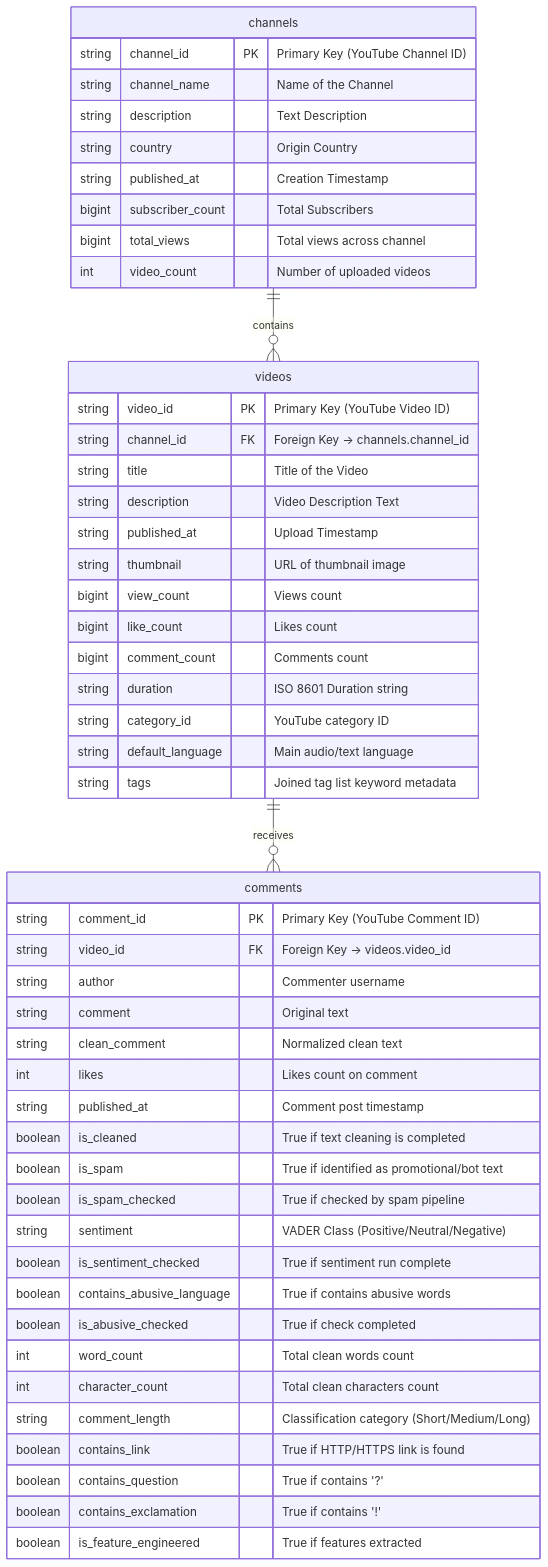
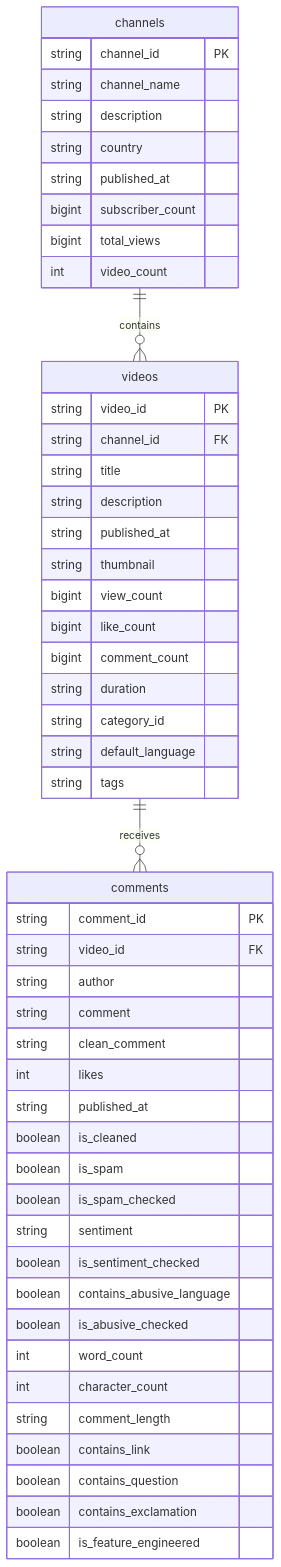
The second of 2 diagrams in README.md (aryandhiman01/Influence_IQ), drawn with Mermaid before and after one commit. The commit also changed other lines of this file, not shown here.

````diff
--- a/README.md
+++ b/README.md
@@ -49,56 +56,56 @@
 ```mermaid
 erDiagram
     channels ||--o{ videos : contains
     videos ||--o{ comments : receives
 
     channels {
-        string channel_id PK "Primary Key (YouTube Channel ID)"
-        string channel_name "Name of the Channel"
-        string description "Text Description"
-        string country "Origin Country"
-        string published_at "Creation Timestamp"
-        bigint subscriber_count "Total Subscribers"
-        bigint total_views "Total views across channel"
-        int video_count "Number of uploaded videos"
+        string channel_id PK
+        string channel_name
+        string description
+        string country
+        string published_at
+        bigint subscriber_count
+        bigint total_views
+        int video_count
     }
 
     videos {
-        string video_id PK "Primary Key (YouTube Video ID)"
-        string channel_id FK "Foreign Key -> channels.channel_id"
-        string title "Title of the Video"
-        string description "Video Description Text"
-        string published_at "Upload Timestamp"
-        string thumbnail "URL of thumbnail image"
-        bigint view_count "Views count"
-        bigint like_count "Likes count"
-        bigint comment_count "Comments count"
-        string duration "ISO 8601 Duration string"
-        string category_id "YouTube category ID"
-        string default_language "Main audio/text language"
-        string tags "Joined tag list keyword metadata"
+        string video_id PK
+        string channel_id FK
+        string title
+        string description
+        string published_at
+        string thumbnail
+        bigint view_count
+        bigint like_count
+        bigint comment_count
+        string duration
+        string category_id
+        string default_language
+        string tags
     }
 
     comments {
-        string comment_id PK "Primary Key (YouTube Comment ID)"
-        string video_id FK "Foreign Key -> videos.video_id"
-        string author "Commenter username"
-        string comment "Original text"
-        string clean_comment "Normalized clean text"
-        int likes "Likes count on comment"
-        string published_at "Comment post timestamp"
-        boolean is_cleaned "True if text cleaning is completed"
-        boolean is_spam "True if identified as promotional/bot text"
-        boolean is_spam_checked "True if checked by spam pipeline"
-        string sentiment "VADER Class (Positive/Neutral/Negative)"
-        boolean is_sentiment_checked "True if sentiment run complete"
-        boolean contains_abusive_language "True if contains abusive words"
-        boolean is_abusive_checked "True if check completed"
-        int word_count "Total clean words count"
-        int character_count "Total clean characters count"
-        string comment_length "Classification category (Short/Medium/Long)"
-        boolean contains_link "True if HTTP/HTTPS link is found"
-        boolean contains_question "True if contains '?'"
-        boolean contains_exclamation "True if contains '!'"
-        boolean is_feature_engineered "True if features extracted"
+        string comment_id PK
+        string video_id FK
+        string author
+        string comment
+        string clean_comment
+        int likes
+        string published_at
+        boolean is_cleaned
+        boolean is_spam
+        boolean is_spam_checked
+        string sentiment
+        boolean is_sentiment_checked
+        boolean contains_abusive_language
+        boolean is_abusive_checked
+        int word_count
+        int character_count
+        string comment_length
+        boolean contains_link
+        boolean contains_question
+        boolean contains_exclamation
+        boolean is_feature_engineered
     }
 ```
````
